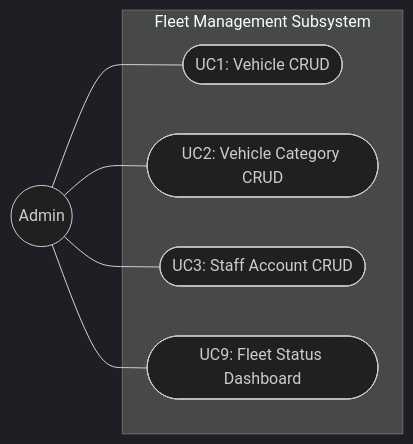
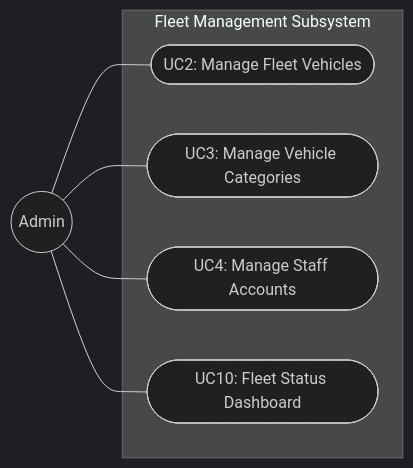
One commit to magicmarie/RentaCar changed the second of 4 diagrams in UseCaseDescription_RentaCar.md. Above: the diagram before and after it, drawn with Mermaid (dark theme). The commit also changed other lines of this file and 1 other file, not shown here.

````diff
--- a/UseCaseDescription_RentaCar.md
+++ b/UseCaseDescription_RentaCar.md
@@ -49,14 +66,14 @@
 ```mermaid
 flowchart LR
     Admin((Admin))
     subgraph Fleet["Fleet Management Subsystem"]
-        UC1([UC1: Vehicle CRUD])
-        UC2([UC2: Vehicle Category CRUD])
-        UC3([UC3: Staff Account CRUD])
-        UC9([UC9: Fleet Status Dashboard])
+        UC2([UC2: Manage Fleet Vehicles])
+        UC3([UC3: Manage Vehicle Categories])
+        UC4([UC4: Manage Staff Accounts])
+        UC10([UC10: Fleet Status Dashboard])
     end
-    Admin --- UC1
     Admin --- UC2
     Admin --- UC3
-    Admin --- UC9
+    Admin --- UC4
+    Admin --- UC10
 ```
````
